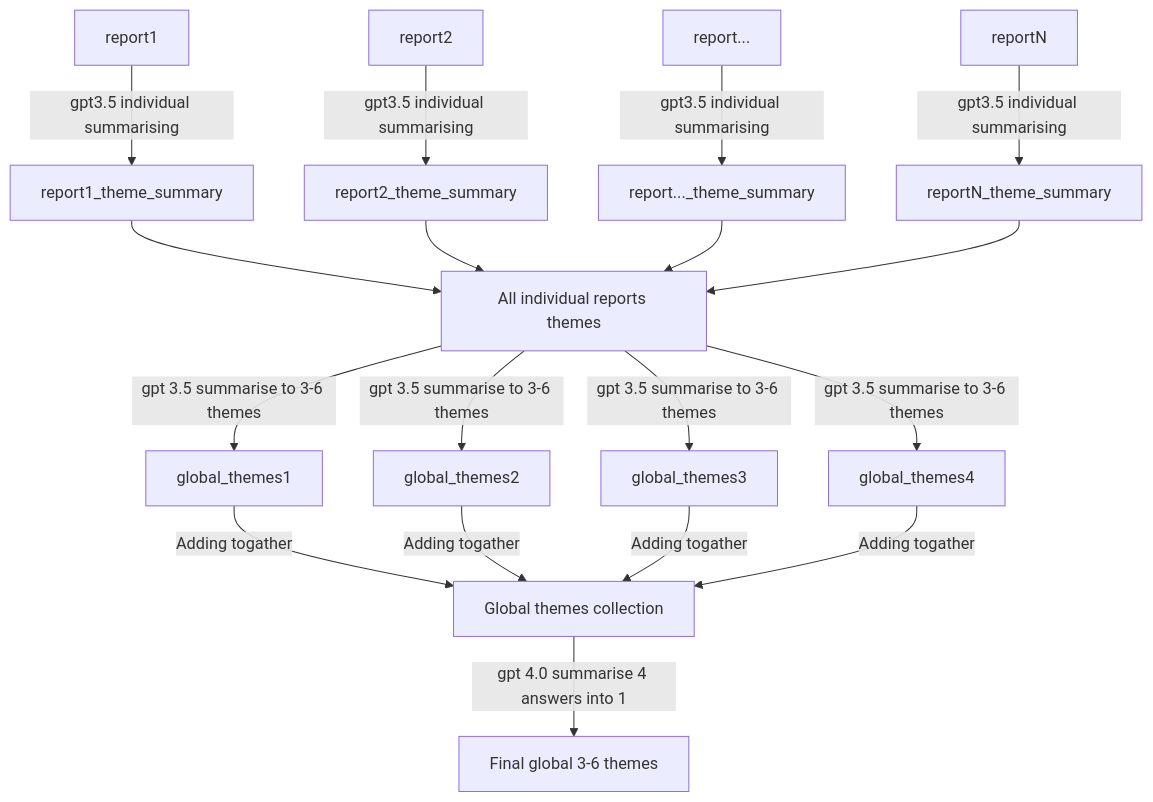
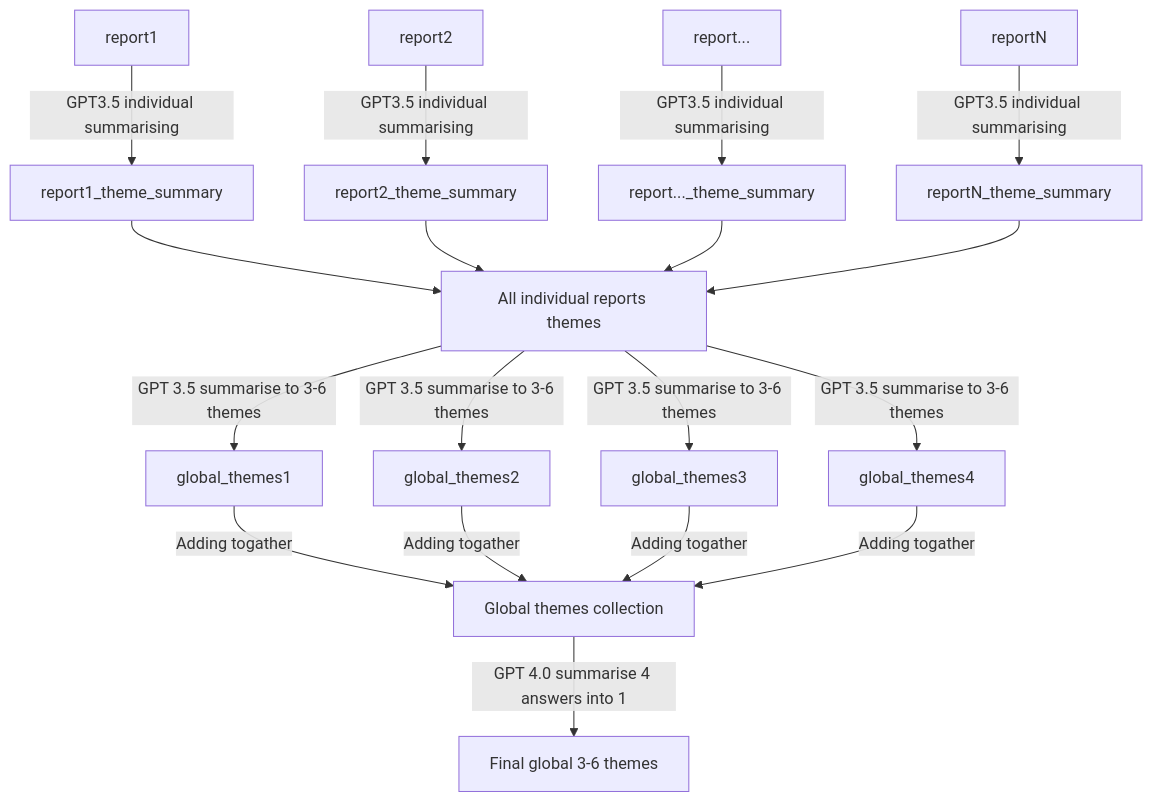
Before and after one commit to 1jamesthompson1/TAIC-report-summary: the second of 2 diagrams in Uni project documents/Final Report/21011195_159333_Final_Report.md, drawn with Mermaid. The commit also changed other lines of this file and 2 other files, not shown here.

```diff
--- a/Uni project documents/Final Report/21011195_159333_Final_Report.md
+++ b/Uni project documents/Final Report/21011195_159333_Final_Report.md
@@ -280,25 +281,25 @@
 ~~~mermaid
 graph TB
 
-report1 -->|gpt3.5 individual summarising| report1_theme_summary
-report2 -->|gpt3.5 individual summarising| report2_theme_summary
-report... -->|gpt3.5 individual summarising| report..._theme_summary
-reportN -->|gpt3.5 individual summarising| reportN_theme_summary
+report1 -->|GPT3.5 individual summarising| report1_theme_summary
+report2 -->|GPT3.5 individual summarising| report2_theme_summary
+report... -->|GPT3.5 individual summarising| report..._theme_summary
+reportN -->|GPT3.5 individual summarising| reportN_theme_summary
 
 report1_theme_summary --> collection[All individual reports themes]
 report2_theme_summary --> collection
 report..._theme_summary --> collection
 reportN_theme_summary --> collection
 
-collection -->|gpt 3.5 summarise to 3-6 themes| global_themes1
-collection -->|gpt 3.5 summarise to 3-6 themes| global_themes2
-collection -->|gpt 3.5 summarise to 3-6 themes| global_themes3
-collection -->|gpt 3.5 summarise to 3-6 themes| global_themes4
+collection -->|GPT 3.5 summarise to 3-6 themes| global_themes1
+collection -->|GPT 3.5 summarise to 3-6 themes| global_themes2
+collection -->|GPT 3.5 summarise to 3-6 themes| global_themes3
+collection -->|GPT 3.5 summarise to 3-6 themes| global_themes4
 
 global_themes1 -->|Adding togather| global_collated[Global themes collection]
 global_themes2 -->|Adding togather| global_collated
 global_themes3 -->|Adding togather| global_collated
 global_themes4 -->|Adding togather| global_collated
 
-global_collated -->|gpt 4.0 summarise 4 answers into 1| final[Final global 3-6 themes]
+global_collated -->|GPT 4.0 summarise 4 answers into 1| final[Final global 3-6 themes]
 ~~~
```
